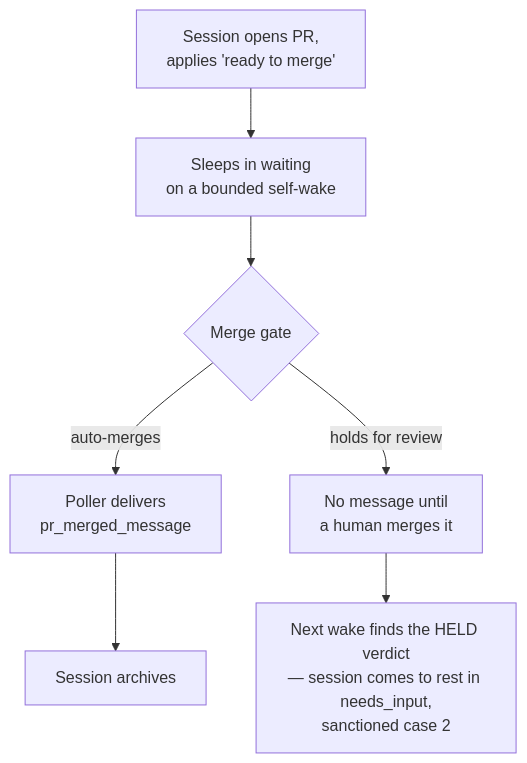
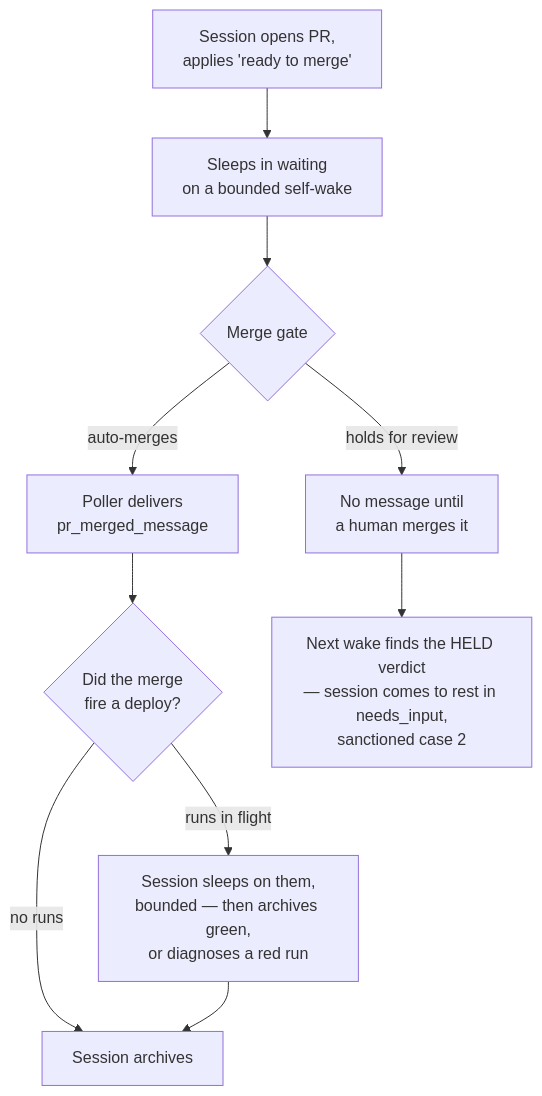
Before and after one commit to tadasant/zimmer: the first of 2 diagrams in docs/src/content/docs/sessions/goals.md, drawn with Mermaid. The commit also changed other lines of this file and 14 other files, not shown here.

````diff
--- a/docs/src/content/docs/sessions/goals.md
+++ b/docs/src/content/docs/sessions/goals.md
@@ -54,9 +54,12 @@
 ```mermaid
 flowchart TD
     A["Session opens PR,<br/>applies 'ready to merge'"] --> B["Sleeps in waiting<br/>on a bounded self-wake"]
     B --> C{"Merge gate"}
     C -->|auto-merges| D["Poller delivers<br/>pr_merged_message"]
-    D --> E["Session archives"]
+    D --> H{"Did the merge<br/>fire a deploy?"}
+    H -->|"no runs"| E["Session archives"]
+    H -->|"runs in flight"| I["Session sleeps on them,<br/>bounded — then archives green,<br/>or diagnoses a red run"]
+    I --> E
     C -->|holds for review| F["No message until<br/>a human merges it"]
     F --> G["Next wake finds the HELD verdict<br/>— session comes to rest in needs_input,<br/>sanctioned case 2"]
 ```
````
